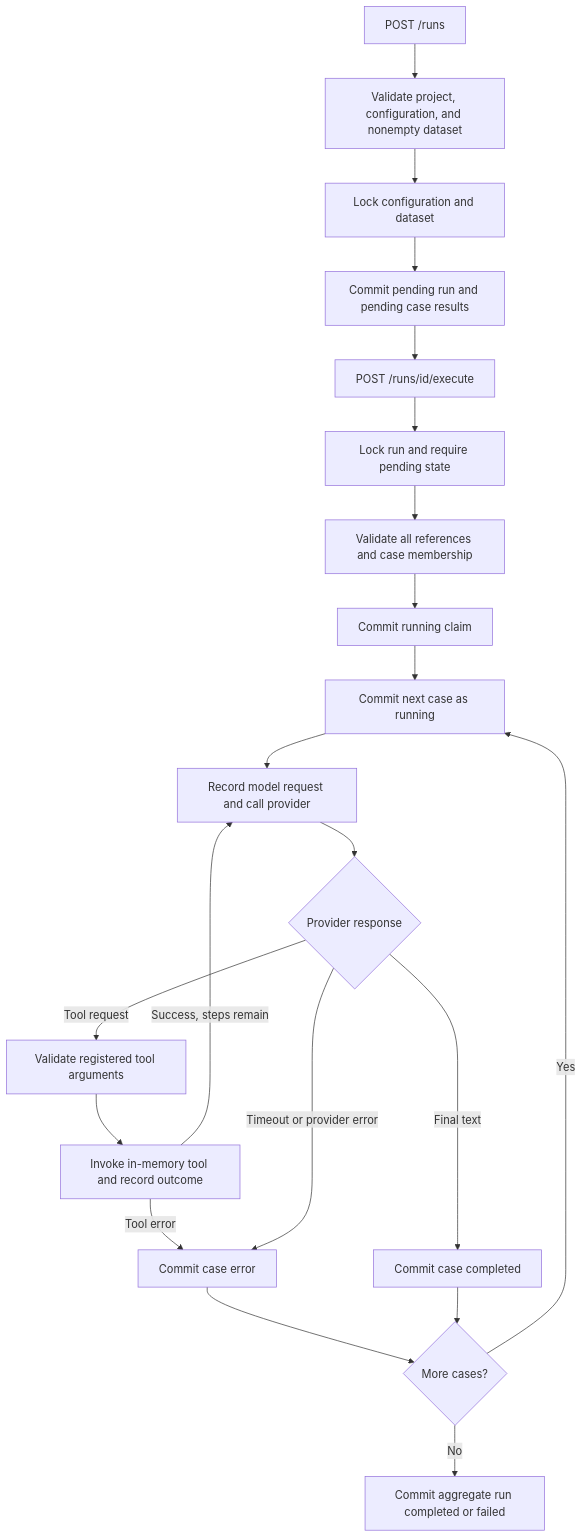
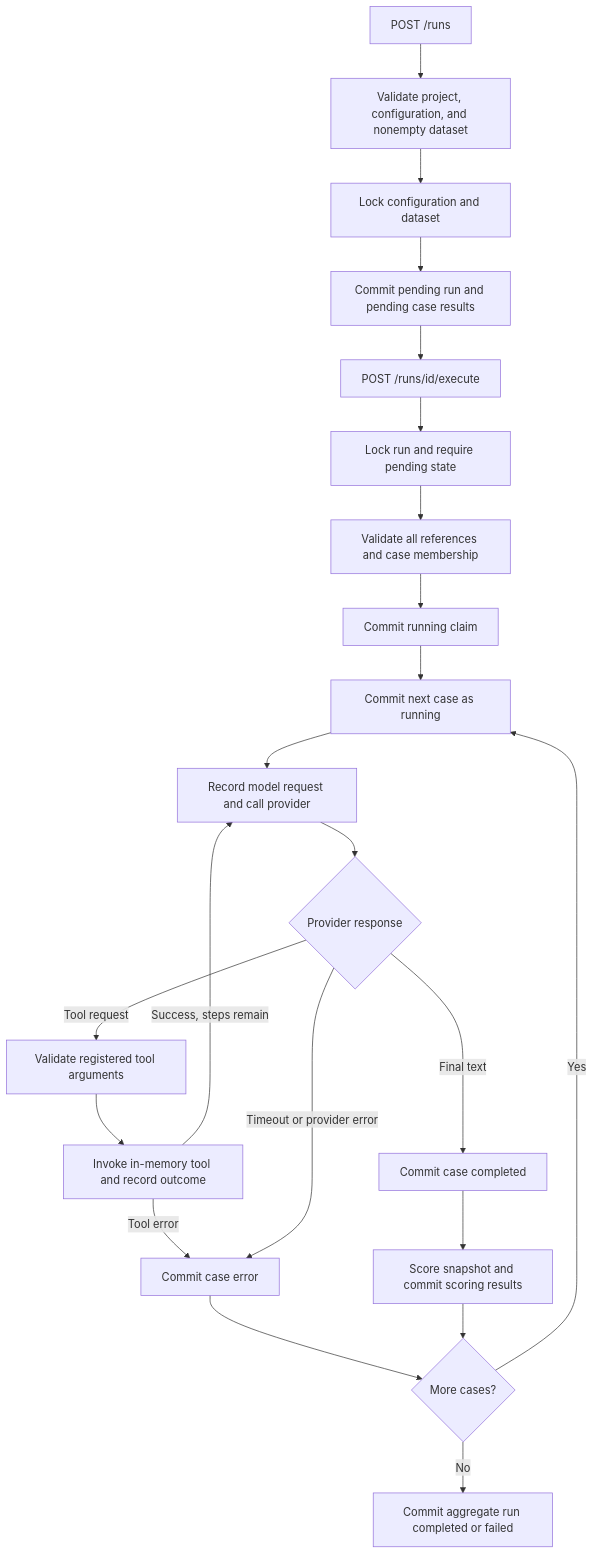
Before and after one commit to npysklyw/TraceForge: the diagram in docs/execution.md, drawn with Mermaid. The commit also changed other lines of this file and 21 other files, not shown here.

````diff
--- a/docs/execution.md
+++ b/docs/execution.md
@@ -30,23 +31,24 @@
 ```mermaid
 flowchart TD
     A[POST /runs] --> B[Validate project, configuration, and nonempty dataset]
     B --> C[Lock configuration and dataset]
     C --> D[Commit pending run and pending case results]
     D --> E[POST /runs/id/execute]
     E --> F[Lock run and require pending state]
     F --> G[Validate all references and case membership]
     G --> H[Commit running claim]
     H --> I[Commit next case as running]
     I --> J[Record model request and call provider]
     J --> K{Provider response}
     K -->|Tool request| L[Validate registered tool arguments]
     L --> M[Invoke in-memory tool and record outcome]
     M -->|Success, steps remain| J
     M -->|Tool error| N[Commit case error]
     K -->|Timeout or provider error| N
     K -->|Final text| O[Commit case completed]
     N --> P{More cases?}
-    O --> P
+    O --> S[Score snapshot and commit scoring results]
+    S --> P
     P -->|Yes| I
     P -->|No| Q[Commit aggregate run completed or failed]
 ```
````
